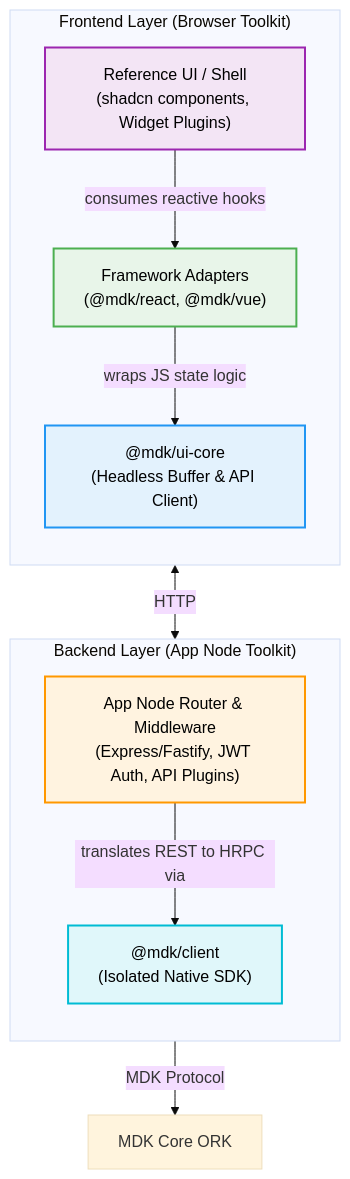
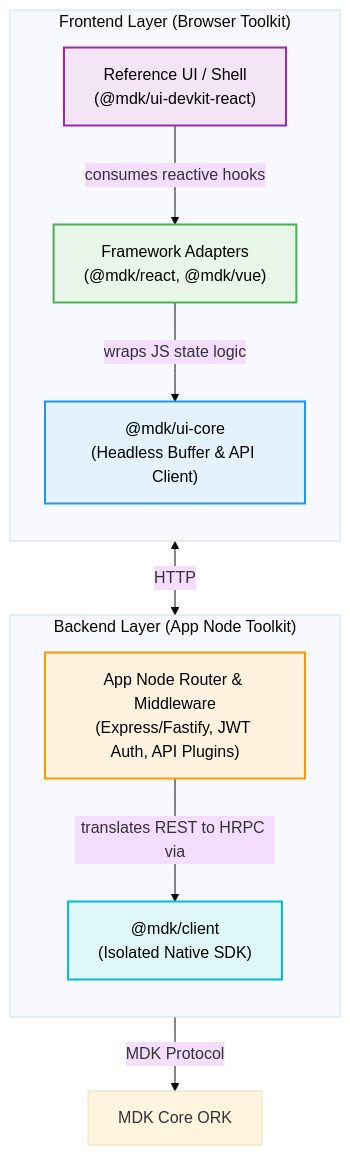
The diagram in docs/hld-mdk-app.md (Gio-Galt/mdk-be), drawn with Mermaid (base theme) before and after one commit. The commit also changed other lines of this file and 1 other file, not shown here.

Commit message:
mention @mdk/ui-devkit-react clearly

````diff
--- a/docs/hld-mdk-app.md
+++ b/docs/hld-mdk-app.md
@@ -101,29 +109,29 @@
 ```mermaid
 flowchart TD
     subgraph "Frontend Layer (Browser Toolkit)"
         direction TB
-        UI_COMPS["Reference UI / Shell<br/>(shadcn components, Widget Plugins)"]
+        UI_COMPS["Reference UI / Shell<br/>(@mdk/ui-devkit-react)"]
         FRAMEWORKS["Framework Adapters<br/>(@mdk/react, @mdk/vue)"]
         UI_CORE["@mdk/ui-core<br/>(Headless Buffer & API Client)"]
         
         UI_COMPS -->|"consumes reactive hooks"| FRAMEWORKS
         FRAMEWORKS -->|"wraps JS state logic"| UI_CORE
     end
 
     subgraph "Backend Layer (App Node Toolkit)"
         direction TB
         ROUTER["App Node Router & Middleware<br/>(Express/Fastify, JWT Auth, API Plugins)"]
         CLIENT["@mdk/client<br/>(Isolated Native SDK)"]
         
         ROUTER -->|"translates REST to HRPC via"| CLIENT
     end
     
     UI_CORE <-->|"HTTP"| ROUTER
     CLIENT -->|"MDK Protocol"| ORK[MDK Core ORK]
     
     style UI_COMPS fill:#f3e5f5,stroke:#9c27b0,stroke-width:2px,color:#000
     style FRAMEWORKS fill:#e8f5e9,stroke:#4caf50,stroke-width:2px,color:#000
     style UI_CORE fill:#e3f2fd,stroke:#2196f3,stroke-width:2px,color:#000
     style ROUTER fill:#fff3e0,stroke:#ff9800,stroke-width:2px,color:#000
     style CLIENT fill:#e0f7fa,stroke:#00bcd4,stroke-width:2px,color:#000
 ```
````
